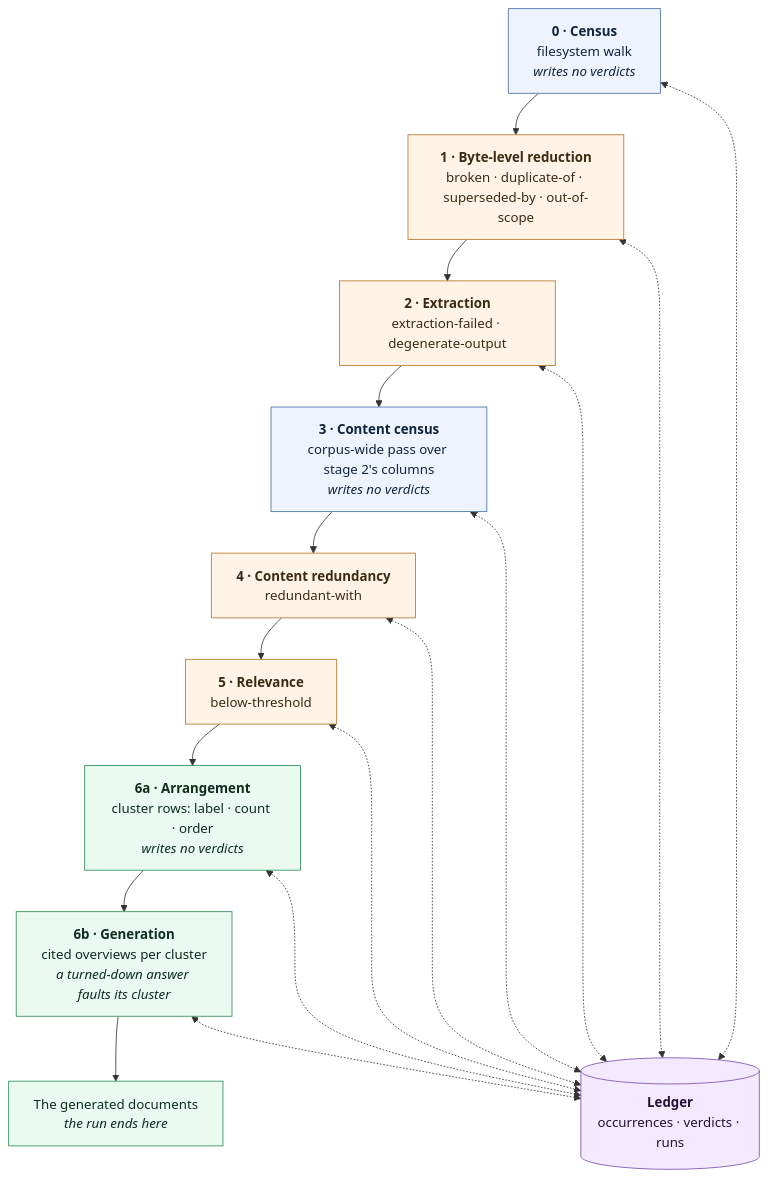
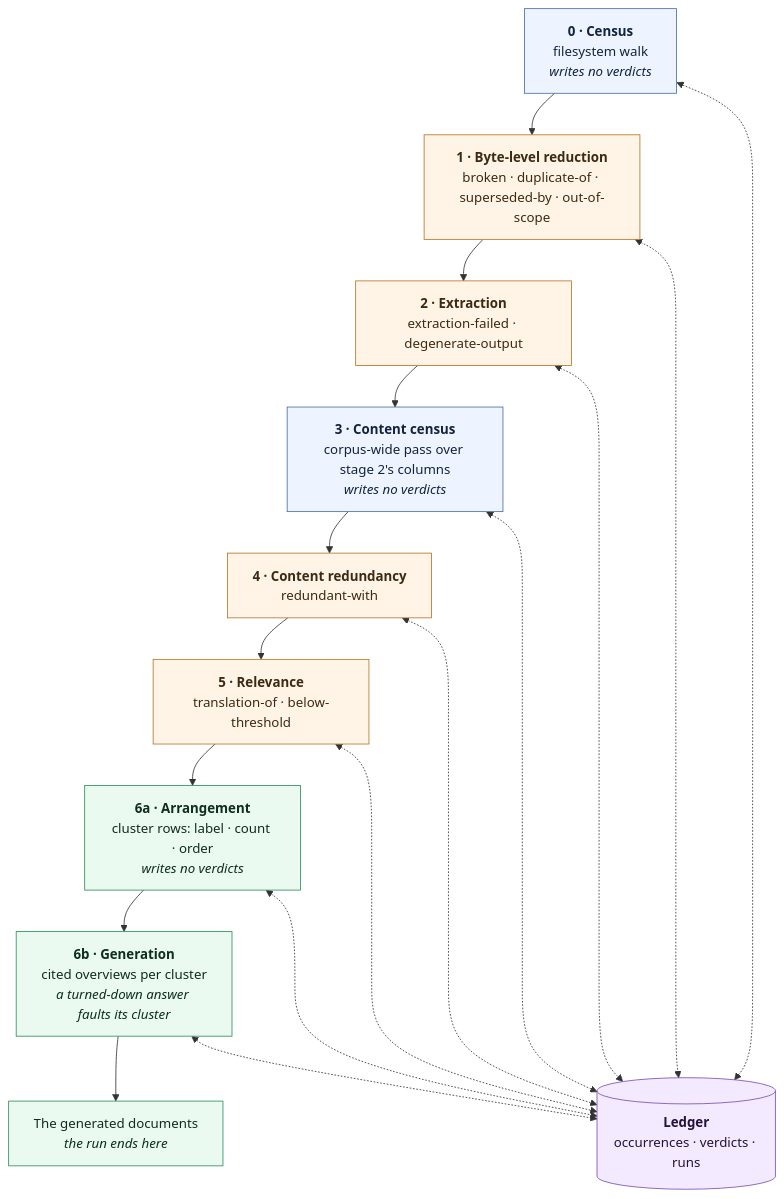
Before and after one commit to algernon28/vespera: the first of 6 diagrams in docs/architecture.md, drawn with Mermaid. The commit also changed other lines of this file and 16 other files, not shown here.

````diff
--- a/docs/architecture.md
+++ b/docs/architecture.md
@@ -35,33 +35,33 @@
 ```mermaid
 flowchart TD
     S0["<b>0 · Census</b><br/>filesystem walk<br/><i>writes no verdicts</i>"]
     S1["<b>1 · Byte-level reduction</b><br/>broken · duplicate-of · superseded-by · out-of-scope"]
     S2["<b>2 · Extraction</b><br/>extraction-failed · degenerate-output"]
     S3["<b>3 · Content census</b><br/>corpus-wide pass over stage 2's columns<br/><i>writes no verdicts</i>"]
     S4["<b>4 · Content redundancy</b><br/>redundant-with"]
-    S5["<b>5 · Relevance</b><br/>below-threshold"]
+    S5["<b>5 · Relevance</b><br/>translation-of · below-threshold"]
     S6A["<b>6a · Arrangement</b><br/>cluster rows: label · count · order<br/><i>writes no verdicts</i>"]
     S6B["<b>6b · Generation</b><br/>cited overviews per cluster<br/><i>a turned-down answer faults its cluster</i>"]
     LEDGER[("<b>Ledger</b><br/>occurrences · verdicts · runs")]
     ART["The generated documents<br/><i>the run ends here</i>"]
 
     S0 --> S1 --> S2 --> S3 --> S4 --> S5 --> S6A --> S6B --> ART
 
     S0 <-.-> LEDGER
     S1 <-.-> LEDGER
     S2 <-.-> LEDGER
     S3 <-.-> LEDGER
     S4 <-.-> LEDGER
     S5 <-.-> LEDGER
     S6A <-.-> LEDGER
     S6B <-.-> LEDGER
 
     classDef measure fill:#eef4ff,stroke:#4a6fa5,color:#12243d
     classDef judge fill:#fff4e6,stroke:#b5762a,color:#3d2a12
     classDef out fill:#eafaf1,stroke:#2f8f5b,color:#0f2e1e
     classDef store fill:#f3eaff,stroke:#7a4fb5,color:#241238
     class S0,S3 measure
     class S1,S2,S4,S5 judge
     class S6A,S6B,ART out
     class LEDGER store
 ```
````
